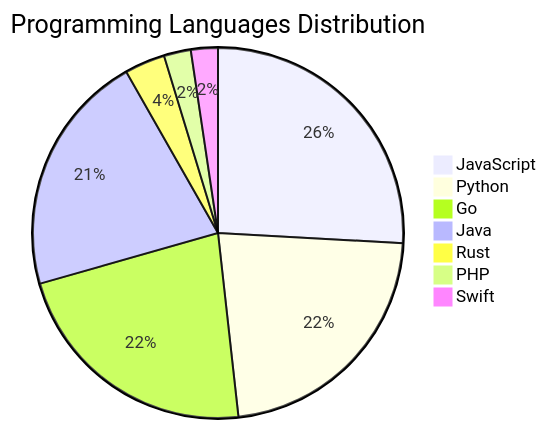
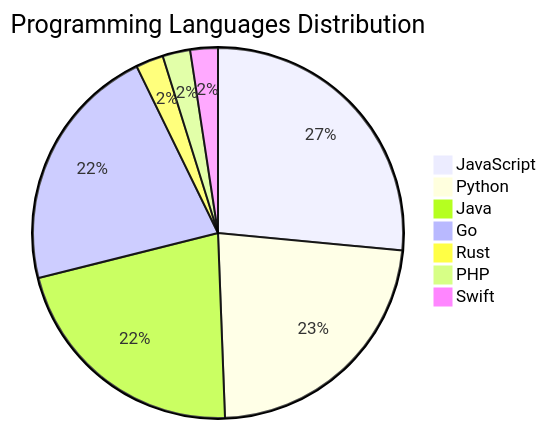
The diagram in README.md (Derrick-MUGISHA/github-activity-bot), drawn with Mermaid before and after one commit. The commit also changed other lines of this file and 3 other files, not shown here.

````diff
--- a/README.md
+++ b/README.md
@@ -73,10 +73,10 @@
 ```mermaid
 pie title Programming Languages Distribution
     "JavaScript" : 22
     "Python" : 19
-    "Go" : 19
     "Java" : 18
-    "Rust" : 3
+    "Go" : 18
+    "Rust" : 2
     "PHP" : 2
     "Swift" : 2
 ```
````
